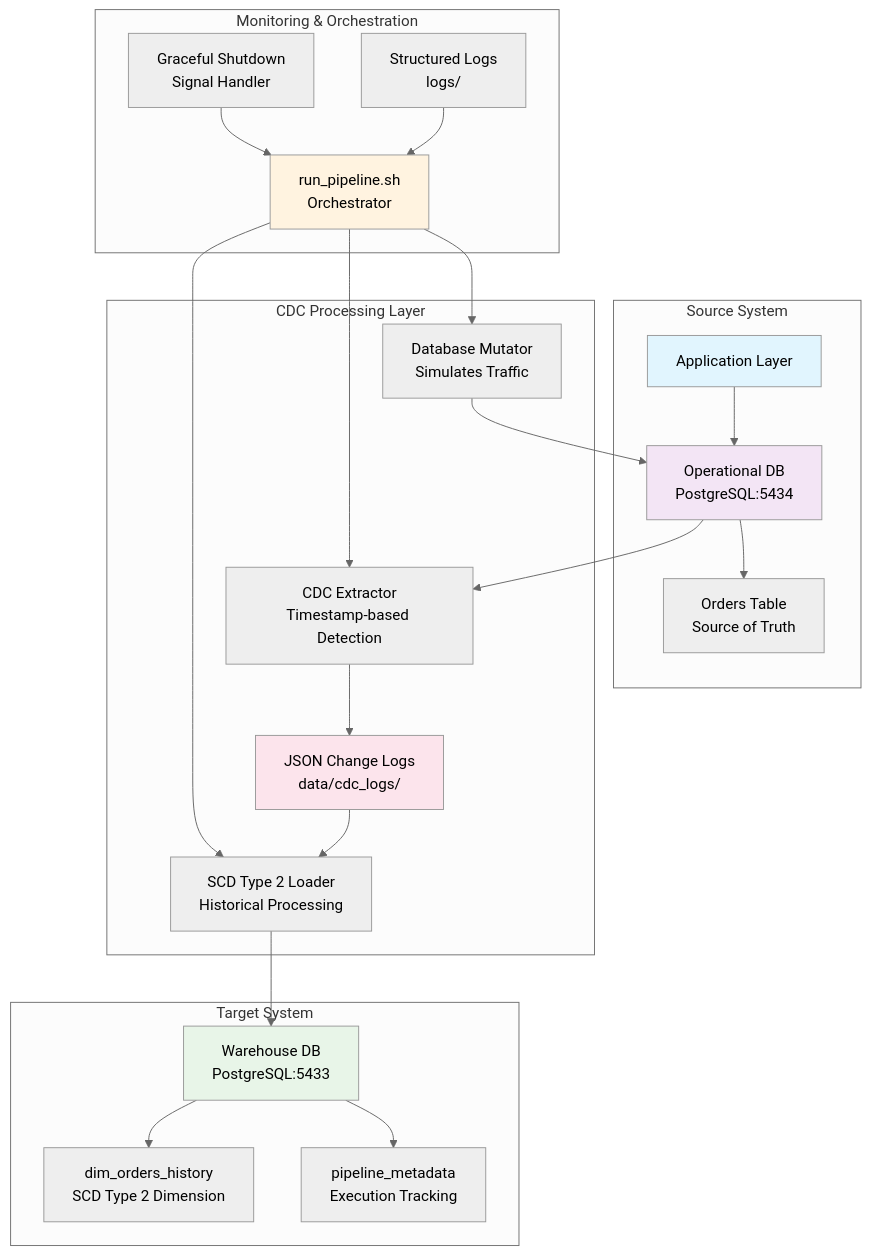
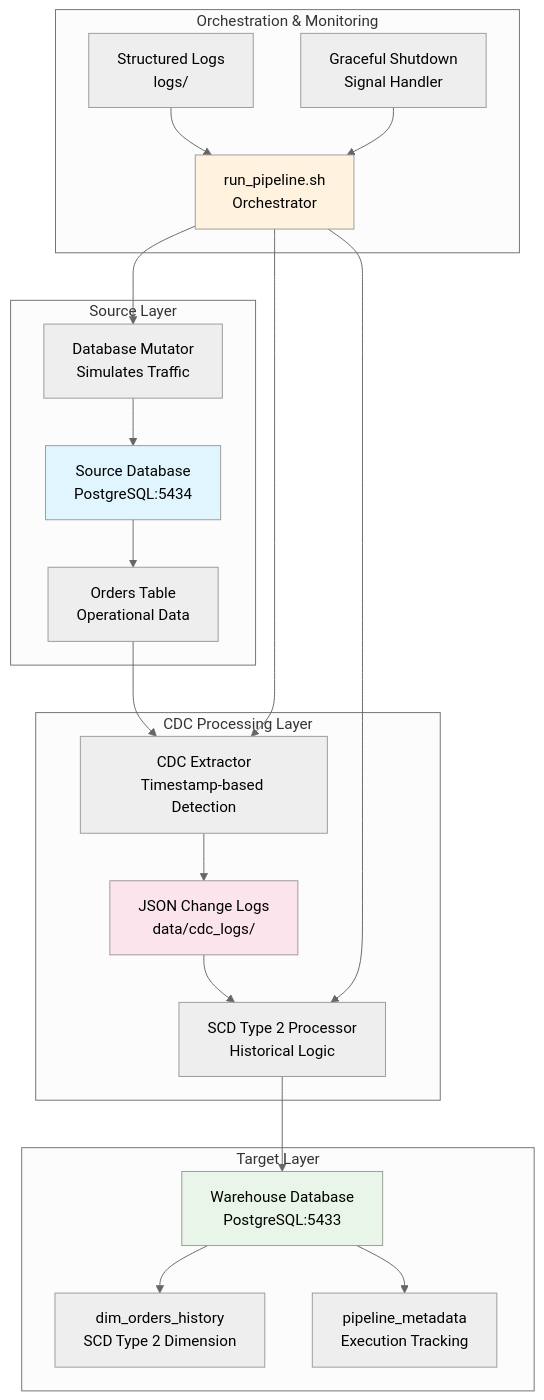
One commit to mrohitth/cdc-historical-warehouse-platform changed the diagram in README.md. Above: the diagram before and after it, drawn with Mermaid (neutral theme). The commit also changed other lines of this file and 4 other files, not shown here.

````diff
--- a/README.md
+++ b/README.md
@@ -9,34 +12,32 @@
 ```mermaid
 graph TB
-    subgraph "Source System"
-        A[Application Layer] --> B[Operational DB<br/>PostgreSQL:5434]
-        B --> C[Orders Table<br/>Source of Truth]
+    subgraph "Source Layer"
+        A[Source Database<br/>PostgreSQL:5434] --> B[Orders Table<br/>Operational Data]
+        C[Database Mutator<br/>Simulates Traffic] --> A
     end
     
     subgraph "CDC Processing Layer"
-        D[Database Mutator<br/>Simulates Traffic] --> B
-        B --> E[CDC Extractor<br/>Timestamp-based Detection]
-        E --> F[JSON Change Logs<br/>data/cdc_logs/]
-        F --> G[SCD Type 2 Loader<br/>Historical Processing]
+        B --> D[CDC Extractor<br/>Timestamp-based Detection]
+        D --> E[JSON Change Logs<br/>data/cdc_logs/]
+        E --> F[SCD Type 2 Processor<br/>Historical Logic]
     end
     
-    subgraph "Target System"
-        G --> H[Warehouse DB<br/>PostgreSQL:5433]
-        H --> I[dim_orders_history<br/>SCD Type 2 Dimension]
-        H --> J[pipeline_metadata<br/>Execution Tracking]
+    subgraph "Target Layer"
+        F --> G[Warehouse Database<br/>PostgreSQL:5433]
+        G --> H[dim_orders_history<br/>SCD Type 2 Dimension]
+        G --> I[pipeline_metadata<br/>Execution Tracking]
     end
     
-    subgraph "Monitoring & Orchestration"
-        K[run_pipeline.sh<br/>Orchestrator] --> D
-        K --> E
-        K --> G
-        L[Structured Logs<br/>logs/] --> K
-        M[Graceful Shutdown<br/>Signal Handler] --> K
+    subgraph "Orchestration & Monitoring"
+        J[run_pipeline.sh<br/>Orchestrator] --> C
+        J --> D
+        J --> F
+        K[Structured Logs<br/>logs/] --> J
+        L[Graceful Shutdown<br/>Signal Handler] --> J
     end
     
     style A fill:#e1f5fe
-    style B fill:#f3e5f5
-    style H fill:#e8f5e8
-    style K fill:#fff3e0
-    style F fill:#fce4ec
+    style G fill:#e8f5e8
+    style J fill:#fff3e0
+    style E fill:#fce4ec
 ```
````
